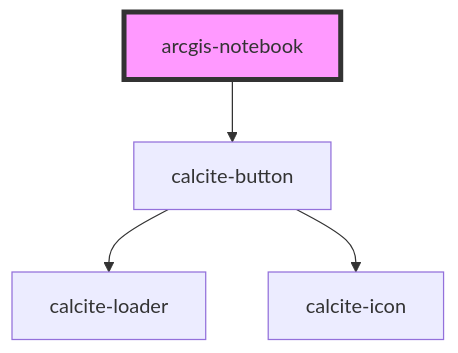
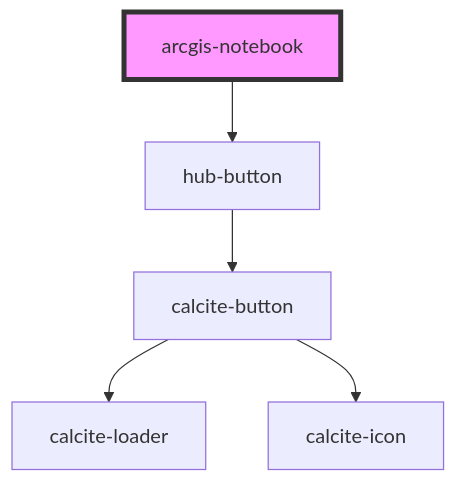
Before and after one commit to esridc/hub-components-experiments: the diagram in src/components/arcgis-notebook/readme.md, drawn with Mermaid. The commit also changed other lines of this file and 5 other files, not shown here.

````diff
--- a/src/components/arcgis-notebook/readme.md
+++ b/src/components/arcgis-notebook/readme.md
@@ -24,7 +27,8 @@
 ```mermaid
 graph TD;
-  arcgis-notebook --> calcite-button
+  arcgis-notebook --> hub-button
+  hub-button --> calcite-button
   calcite-button --> calcite-loader
   calcite-button --> calcite-icon
   style arcgis-notebook fill:#f9f,stroke:#333,stroke-width:4px
 ```
````
